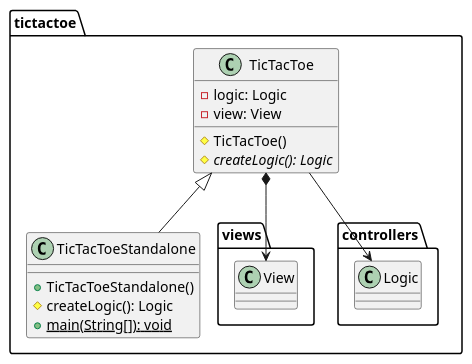
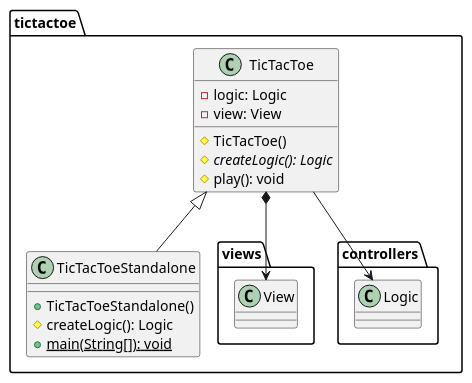
The second of 6 diagrams in docs/src/docs/asciidoc/index.adoc (x-USantaTecla-game-ticTacToe/java), drawn with PlantUML before and after one commit. The commit also changed other lines of this file and 123 other files, not shown here.

```diff
--- a/docs/src/docs/asciidoc/index.adoc
+++ b/docs/src/docs/asciidoc/index.adoc
@@ -91,20 +104,21 @@
-[plantuml,tictactoeVersion10,svg]
+[plantuml,tictactoeVersion11,svg]
 ....
 
 class  tictactoe.TicTacToe{
 - logic: Logic
 - view: View
 # TicTacToe()
 # {abstract} createLogic(): Logic
+# play(): void
 }
 tictactoe.TicTacToe *-down-> tictactoe.views.View
 tictactoe.TicTacToe --> tictactoe.controllers.Logic
 
 class  tictactoe.TicTacToeStandalone{
 + TicTacToeStandalone()
 # createLogic(): Logic
 + {static} main(String[]): void
 }
 tictactoe.TicTacToe <|-down- tictactoe.TicTacToeStandalone
 
 ....
```
